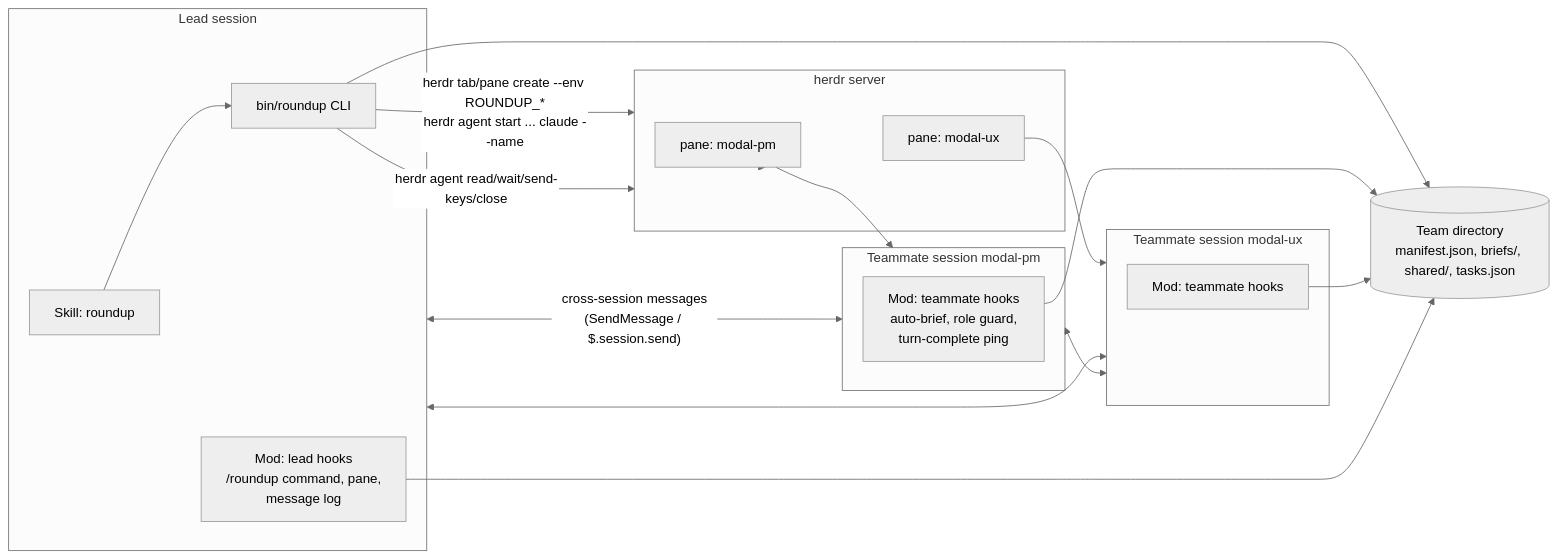
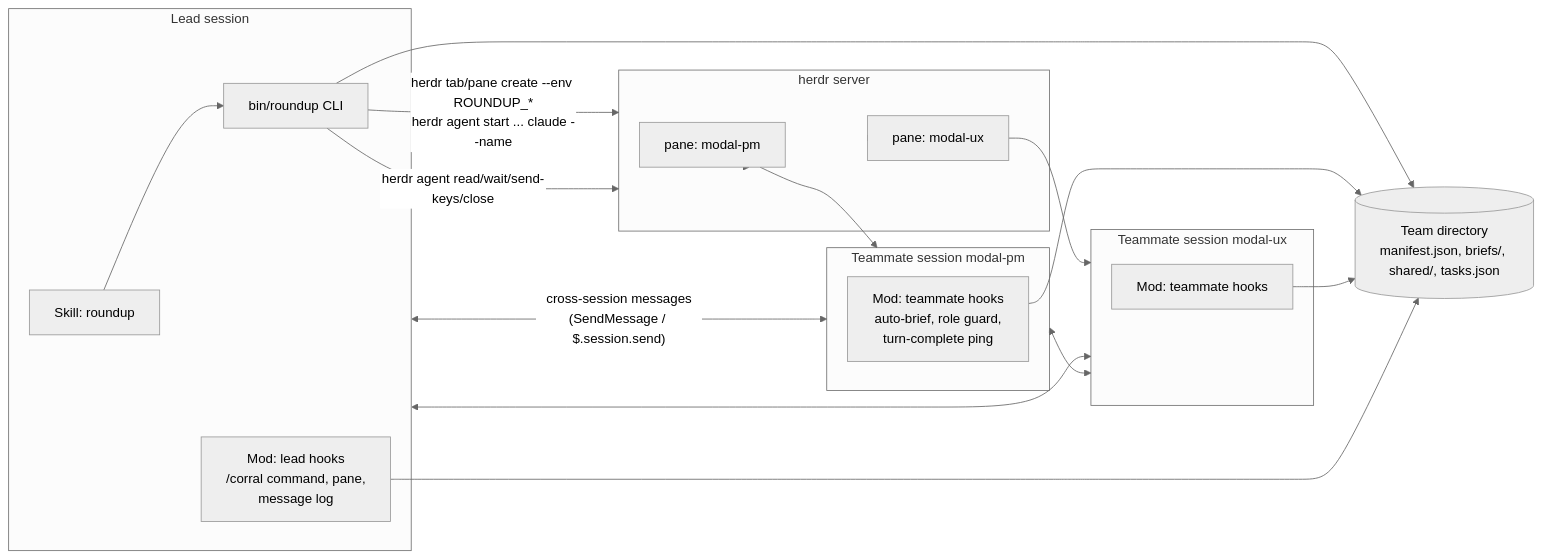
One commit to fantomc0der/roundup changed the first of 5 diagrams in SPECIFICATION.md. Above: the diagram before and after it, drawn with Mermaid (neutral theme). The commit also changed other lines of this file and 10 other files, not shown here.

First line of the commit message:
fix: name the lead command /corral and undo the Git Bash slash rewrite

````diff
--- a/SPECIFICATION.md
+++ b/SPECIFICATION.md
@@ -63,34 +63,34 @@
 ```mermaid
 flowchart LR
   subgraph Lead["Lead session"]
     S[Skill: roundup] --> C[bin/roundup CLI]
-    M1[Mod: lead hooks\n/roundup command, pane,\nmessage log]
+    M1[Mod: lead hooks\n/corral command, pane,\nmessage log]
   end
 
   subgraph herdr["herdr server"]
     P1[pane: modal-pm]
     P2[pane: modal-ux]
   end
 
   subgraph T1["Teammate session modal-pm"]
     M2[Mod: teammate hooks\nauto-brief, role guard,\nturn-complete ping]
   end
   subgraph T2["Teammate session modal-ux"]
     M3[Mod: teammate hooks]
   end
 
   C -- "herdr tab/pane create --env ROUNDUP_*\nherdr agent start ... claude --name" --> herdr
   herdr --> P1 --> T1
   herdr --> P2 --> T2
   C -- "herdr agent read/wait/send-keys/close" --> herdr
 
   Lead <-- "cross-session messages\n(SendMessage / $.session.send)" --> T1
   Lead <--> T2
   T1 <--> T2
 
   D[(Team directory\nmanifest.json, briefs/, shared/, tasks.json)]
   C --> D
   M2 --> D
   M3 --> D
   M1 --> D
 ```
````
